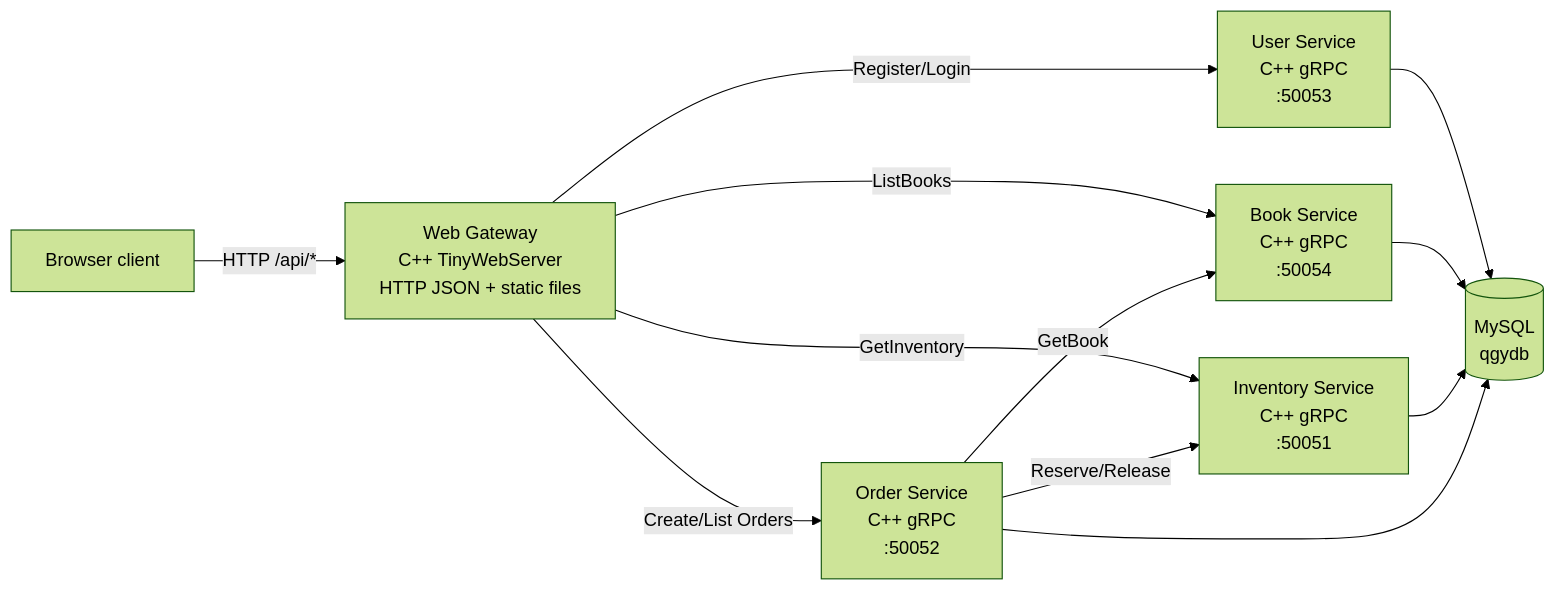
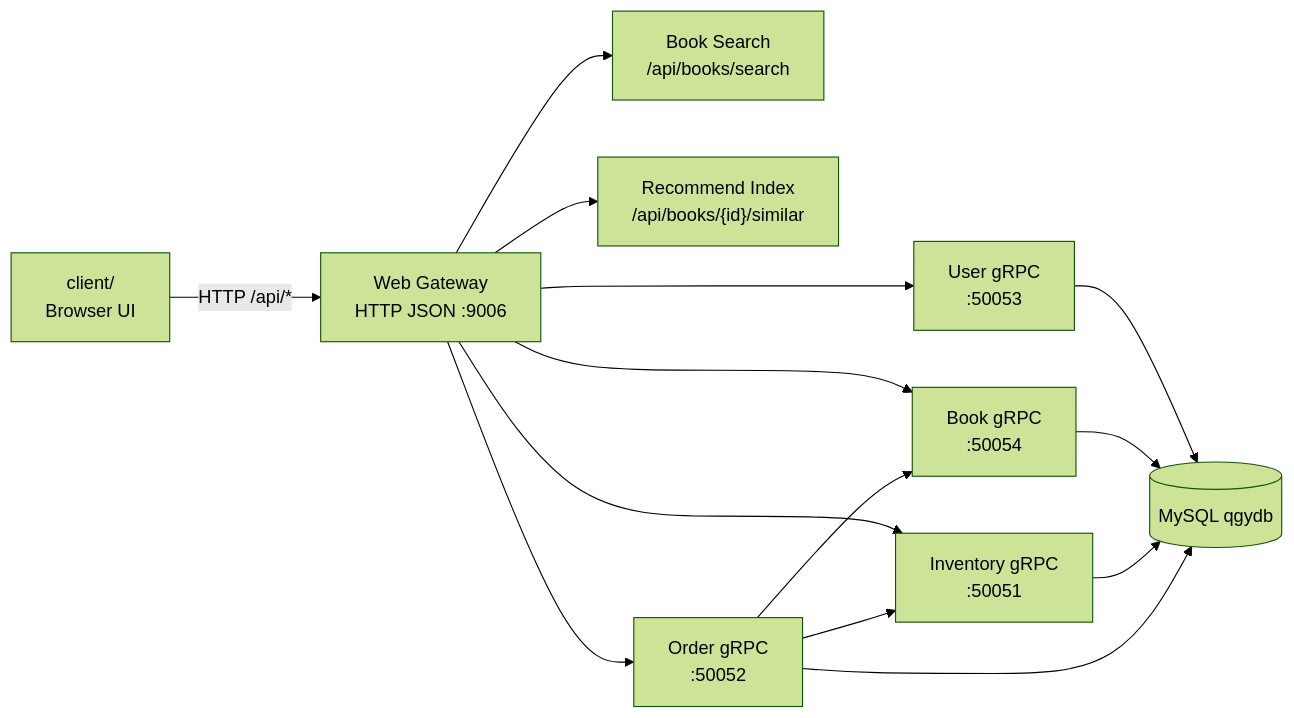
Before and after one commit to lliusshijjie/My-Bookstore: the diagram in README.md, drawn with Mermaid (forest theme). The commit also changed other lines of this file and 62 other files, not shown here.

````diff
--- a/README.md
+++ b/README.md
@@ -10,23 +7,27 @@
 ```mermaid
 flowchart LR
-    Browser["Browser client"]
-    Gateway["Web Gateway\nC++ TinyWebServer\nHTTP JSON + static files"]
-    UserSvc["User Service\nC++ gRPC\n:50053"]
-    BookSvc["Book Service\nC++ gRPC\n:50054"]
-    InventorySvc["Inventory Service\nC++ gRPC\n:50051"]
-    OrderSvc["Order Service\nC++ gRPC\n:50052"]
-    MySQL[("MySQL\nqgydb")]
+    Client["client/\nBrowser UI"]
+    Gateway["Web Gateway\nHTTP JSON :9006"]
+    Search["Book Search\n/api/books/search"]
+    Recommend["Recommend Index\n/api/books/{id}/similar"]
+    UserSvc["User gRPC\n:50053"]
+    BookSvc["Book gRPC\n:50054"]
+    InventorySvc["Inventory gRPC\n:50051"]
+    OrderSvc["Order gRPC\n:50052"]
+    MySQL[("MySQL qgydb")]
 
-    Browser -->|"HTTP /api/*"| Gateway
-    Gateway -->|"Register/Login"| UserSvc
-    Gateway -->|"ListBooks"| BookSvc
-    Gateway -->|"GetInventory"| InventorySvc
-    Gateway -->|"Create/List Orders"| OrderSvc
-    OrderSvc -->|"GetBook"| BookSvc
-    OrderSvc -->|"Reserve/Release"| InventorySvc
+    Client -->|"HTTP /api/*"| Gateway
+    Gateway --> Search
+    Gateway --> Recommend
+    Gateway --> UserSvc
+    Gateway --> BookSvc
+    Gateway --> InventorySvc
+    Gateway --> OrderSvc
+    OrderSvc --> BookSvc
+    OrderSvc --> InventorySvc
 
     UserSvc --> MySQL
     BookSvc --> MySQL
     InventorySvc --> MySQL
     OrderSvc --> MySQL
 ```
````
